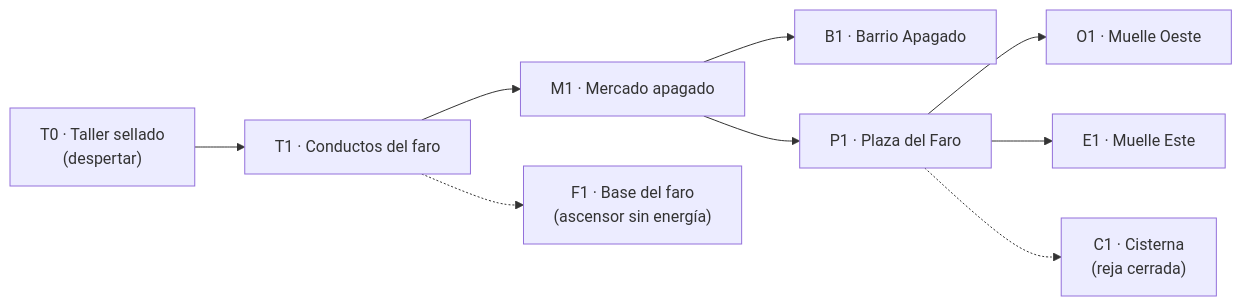
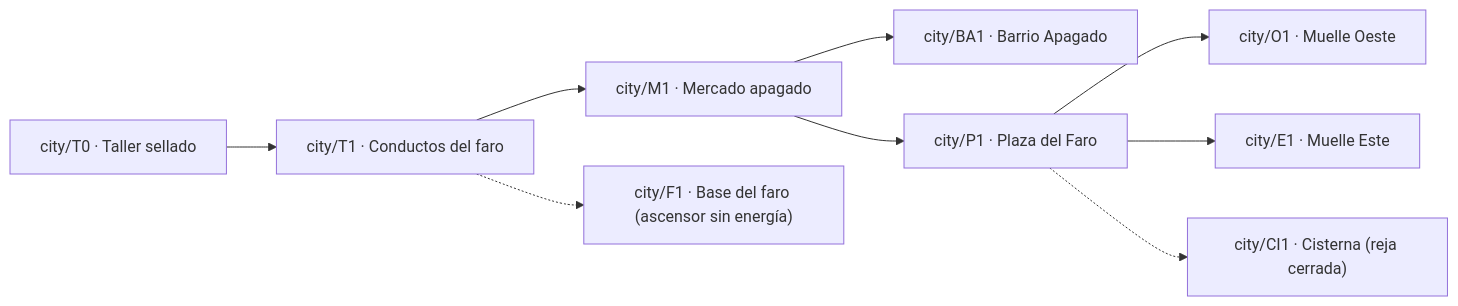
Before and after one commit to EdisonDavid3/ciudad-faro: the second of 3 diagrams in docs/design/ISSUE-1_TOPOLOGIA_DEL_MUNDO.md, drawn with Mermaid. The commit also changed other lines of this file and 1 other file, not shown here.

````diff
--- a/docs/design/ISSUE-1_TOPOLOGIA_DEL_MUNDO.md
+++ b/docs/design/ISSUE-1_TOPOLOGIA_DEL_MUNDO.md
@@ -102,11 +137,11 @@
 ```mermaid
 flowchart LR
-    T0["T0 · Taller sellado<br/>(despertar)"] --> T1["T1 · Conductos del faro"]
-    T1 --> M1["M1 · Mercado apagado"]
-    M1 --> B1["B1 · Barrio Apagado"]
-    M1 --> P1["P1 · Plaza del Faro"]
-    P1 --> O1["O1 · Muelle Oeste"]
-    P1 --> E1["E1 · Muelle Este"]
-    P1 -.-> C1["C1 · Cisterna<br/>(reja cerrada)"]
-    T1 -.-> F1["F1 · Base del faro<br/>(ascensor sin energía)"]
+    T0["city/T0 · Taller sellado"] --> T1["city/T1 · Conductos del faro"]
+    T1 --> M1["city/M1 · Mercado apagado"]
+    M1 --> BA1["city/BA1 · Barrio Apagado"]
+    M1 --> P1["city/P1 · Plaza del Faro"]
+    P1 --> O1["city/O1 · Muelle Oeste"]
+    P1 --> E1["city/E1 · Muelle Este"]
+    P1 -.-> CI1["city/CI1 · Cisterna (reja cerrada)"]
+    T1 -.-> F1["city/F1 · Base del faro (ascensor sin energía)"]
 ```
````
